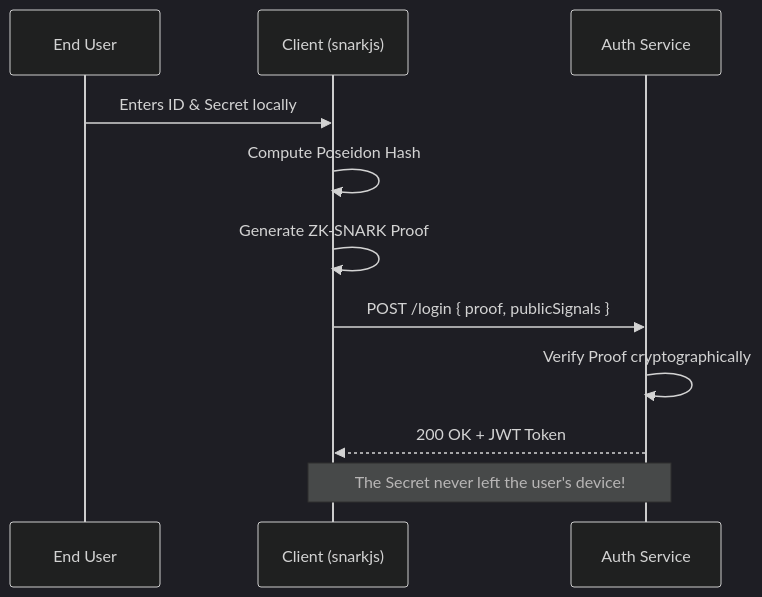
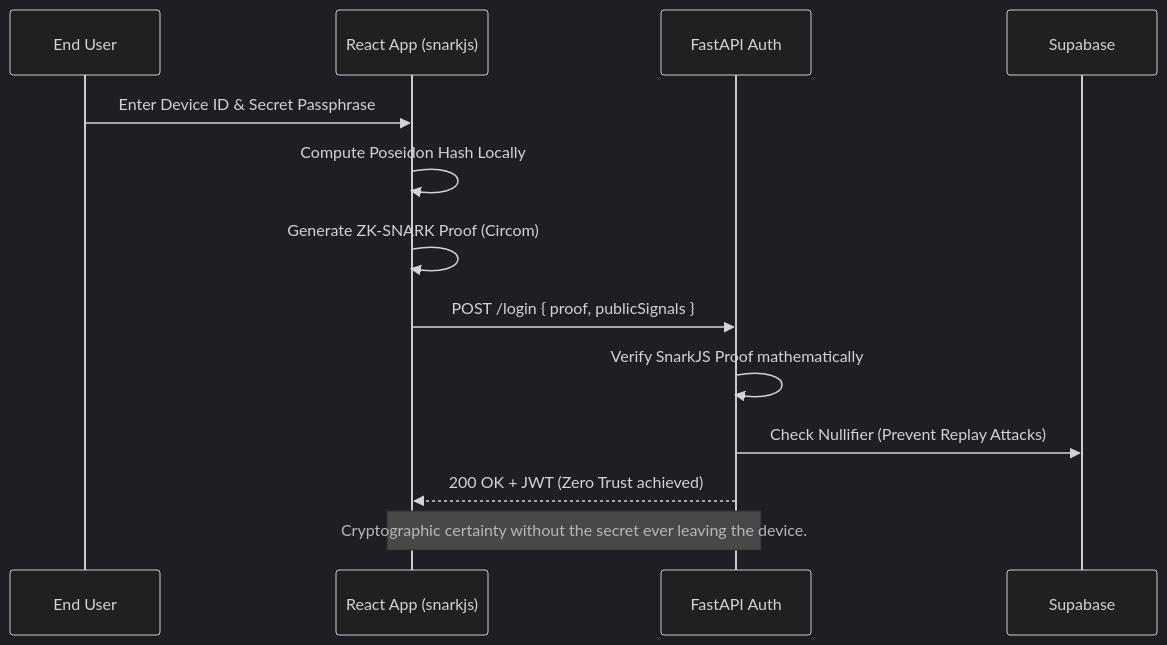
One commit to Patel-Priyank-1602/AEGIS changed the second of 2 diagrams in README.md. Above: the diagram before and after it, drawn with Mermaid (dark theme). The commit also changed other lines of this file and 6 other files, not shown here.

````diff
--- a/README.md
+++ b/README.md
@@ -139,14 +175,16 @@
 ```mermaid
 sequenceDiagram
     participant User as End User
-    participant Browser as Client (snarkjs)
-    participant Backend as Auth Service
-
-    User->>Browser: Enters ID & Secret locally
-    Browser->>Browser: Compute Poseidon Hash
-    Browser->>Browser: Generate ZK-SNARK Proof
+    participant Browser as React App (snarkjs)
+    participant Backend as FastAPI Auth
+    participant DB as Supabase
+    
+    User->>Browser: Enter Device ID & Secret Passphrase
+    Browser->>Browser: Compute Poseidon Hash Locally
+    Browser->>Browser: Generate ZK-SNARK Proof (Circom)
     Browser->>Backend: POST /login { proof, publicSignals }
-    Backend->>Backend: Verify Proof cryptographically
-    Backend-->>Browser: 200 OK + JWT Token
-    Note over Backend,Browser: The Secret never left the user's device!
+    Backend->>Backend: Verify SnarkJS Proof mathematically
+    Backend->>DB: Check Nullifier (Prevent Replay Attacks)
+    Backend-->>Browser: 200 OK + JWT (Zero Trust achieved)
+    Note over Browser,Backend: Cryptographic certainty without the secret ever leaving the device.
 ```
````
